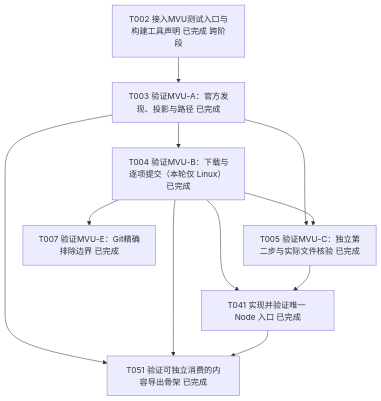
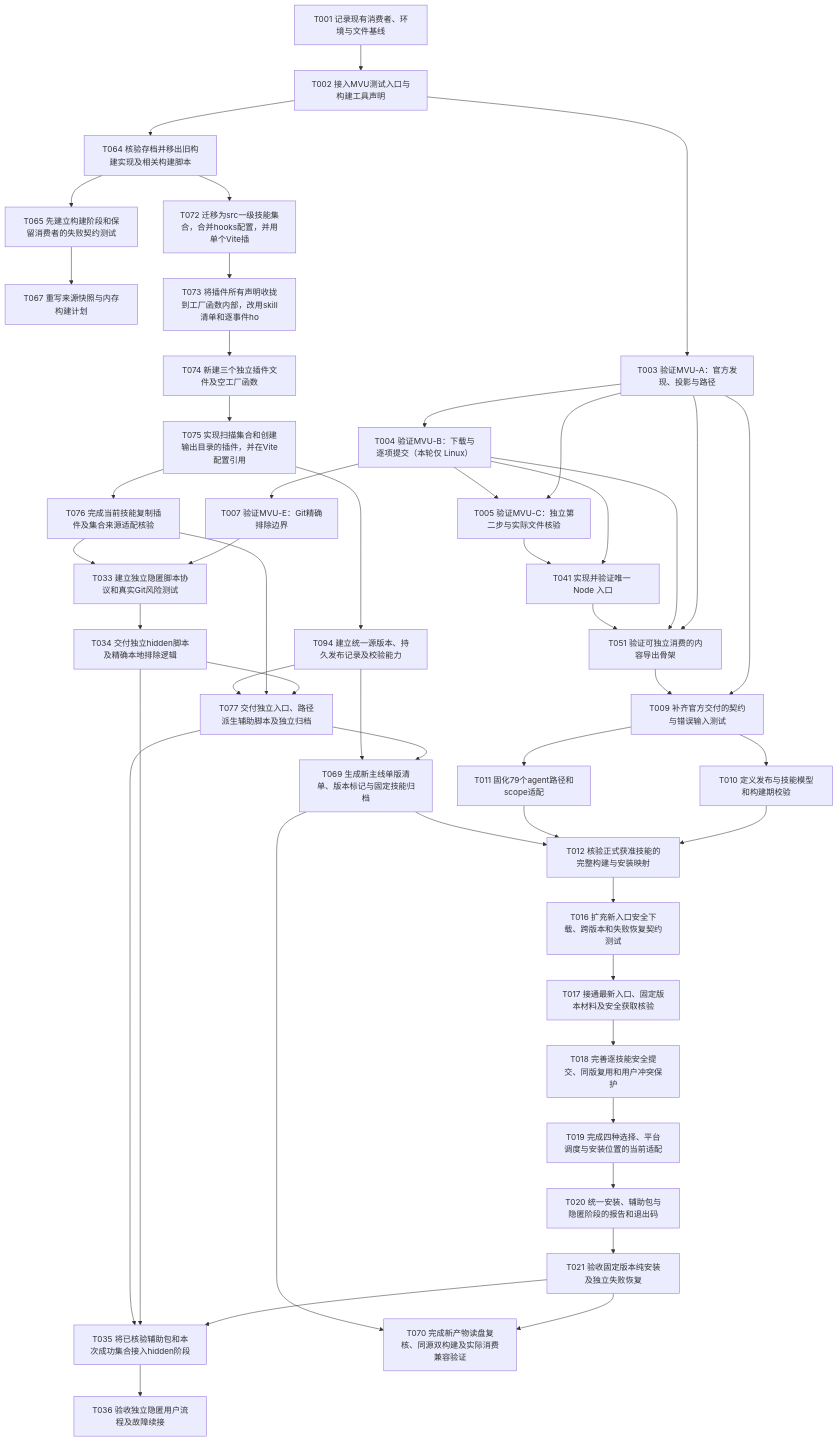
One commit to Ena-Heleneto/agent-foundry changed the first of 3 diagrams in specs/skills/001-skills-distribution/diagrams/logic-flow.md. Above: the diagram before and after it, drawn with Mermaid. The commit also changed other lines of this file and 78 other files, not shown here.

````diff
--- a/specs/skills/001-skills-distribution/diagrams/logic-flow.md
+++ b/specs/skills/001-skills-distribution/diagrams/logic-flow.md
@@ -115,20 +9,84 @@
 ```mermaid
 flowchart TD
-    T003["T003 验证MVU-A：官方发现、投影与路径 已完成"]
-    T004["T004 验证MVU-B：下载与逐项提交（本轮仅 Linux） 已完成"]
-    T005["T005 验证MVU-C：独立第二步与实际文件核验 已完成"]
-    T041["T041 实现并验证唯一 Node 入口 已完成"]
-    T051["T051 验证可独立消费的内容导出骨架 已完成"]
-    T007["T007 验证MVU-E：Git精确排除边界 已完成"]
-    T002["T002 接入MVU测试入口与构建工具声明 已完成 跨阶段"]
+    T001["T001 记录现有消费者、环境与文件基线"]
+    T002["T002 接入MVU测试入口与构建工具声明"]
+    T003["T003 验证MVU-A：官方发现、投影与路径"]
+    T004["T004 验证MVU-B：下载与逐项提交（本轮仅 Linux）"]
+    T005["T005 验证MVU-C：独立第二步与实际文件核验"]
+    T007["T007 验证MVU-E：Git精确排除边界"]
+    T009["T009 补齐官方交付的契约与错误输入测试"]
+    T010["T010 定义发布与技能模型和构建期校验"]
+    T011["T011 固化79个agent路径和scope适配"]
+    T012["T012 核验正式获准技能的完整构建与安装映射"]
+    T016["T016 扩充新入口安全下载、跨版本和失败恢复契约测试"]
+    T017["T017 接通最新入口、固定版本材料及安全获取核验"]
+    T018["T018 完善逐技能安全提交、同版复用和用户冲突保护"]
+    T019["T019 完成四种选择、平台调度与安装位置的当前适配"]
+    T020["T020 统一安装、辅助包与隐匿阶段的报告和退出码"]
+    T021["T021 验收固定版本纯安装及独立失败恢复"]
+    T033["T033 建立独立隐匿脚本协议和真实Git风险测试"]
+    T034["T034 交付独立hidden脚本及精确本地排除逻辑"]
+    T035["T035 将已核验辅助包和本次成功集合接入hidden阶段"]
+    T036["T036 验收独立隐匿用户流程及故障续接"]
+    T041["T041 实现并验证唯一 Node 入口"]
+    T051["T051 验证可独立消费的内容导出骨架"]
+    T064["T064 核验存档并移出旧构建实现及相关构建脚本"]
+    T065["T065 先建立构建阶段和保留消费者的失败契约测试"]
+    T067["T067 重写来源快照与内存构建计划"]
+    T069["T069 生成新主线单版清单、版本标记与固定技能归档"]
+    T070["T070 完成新产物读盘复核、同源双构建及实际消费兼容验证"]
+    T072["T072 迁移为src一级技能集合，合并hooks配置，并用单个Vite插"]
+    T073["T073 将插件所有声明收拢到工厂函数内部，改用skill清单和逐事件ho"]
+    T074["T074 新建三个独立插件文件及空工厂函数"]
+    T075["T075 实现扫描集合和创建输出目录的插件，并在Vite配置引用"]
+    T076["T076 完成当前技能复制插件及集合来源适配核验"]
+    T077["T077 交付独立入口、路径派生辅助脚本及独立归档"]
+    T094["T094 建立统一源版本、持久发布记录及校验能力"]
+    T001 --> T002
     T002 --> T003
     T003 --> T004
     T003 --> T005
     T004 --> T005
+    T004 --> T007
+    T003 --> T009
+    T051 --> T009
+    T009 --> T010
+    T009 --> T011
+    T010 --> T012
+    T011 --> T012
+    T069 --> T012
+    T012 --> T016
+    T016 --> T017
+    T017 --> T018
+    T018 --> T019
+    T019 --> T020
+    T020 --> T021
+    T007 --> T033
+    T076 --> T033
+    T033 --> T034
+    T021 --> T035
+    T034 --> T035
+    T077 --> T035
+    T035 --> T036
     T004 --> T041
     T005 --> T041
     T003 --> T051
     T004 --> T051
     T041 --> T051
-    T004 --> T007
+    T002 --> T064
+    T064 --> T065
+    T065 --> T067
+    T077 --> T069
+    T094 --> T069
+    T021 --> T070
+    T069 --> T070
+    T064 --> T072
+    T072 --> T073
+    T073 --> T074
+    T074 --> T075
+    T075 --> T076
+    T034 --> T077
+    T076 --> T077
+    T094 --> T077
+    T075 --> T094
 ```
````
